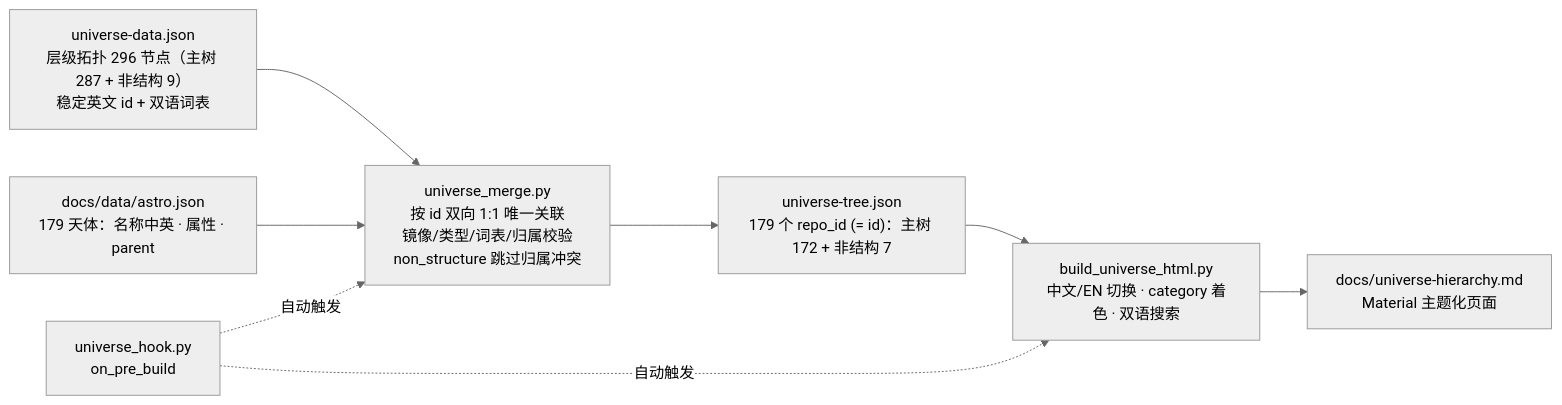
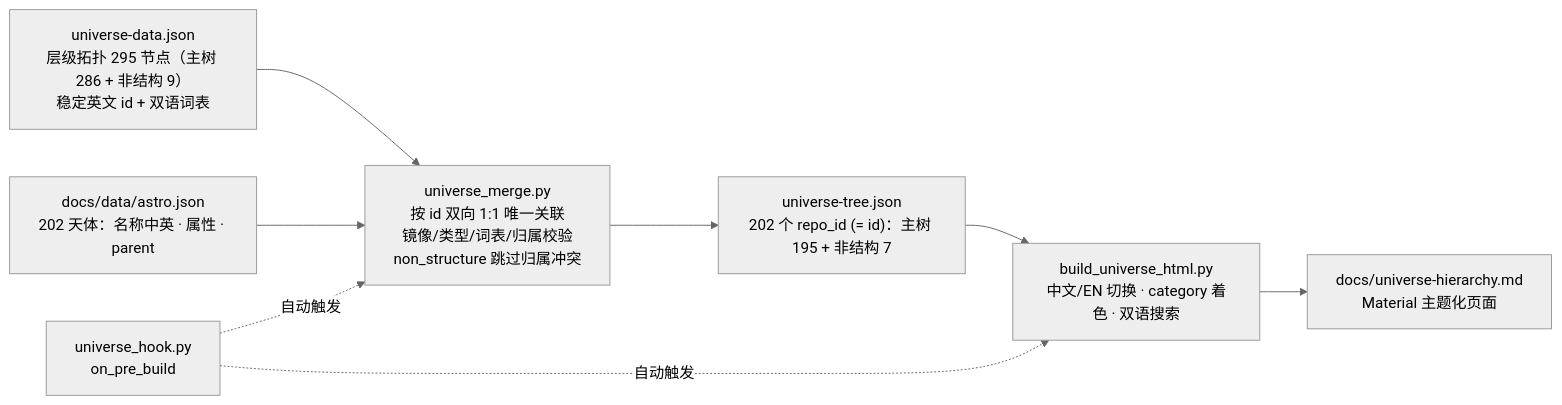
One commit to yufengwolf/astro-blog changed the sixth of 9 diagrams in 维护指南.md. Above: the diagram before and after it, drawn with Mermaid (neutral theme). The commit also changed other lines of this file and 239 other files, not shown here.

````diff
--- a/维护指南.md
+++ b/维护指南.md
@@ -569,10 +569,10 @@
 ```mermaid
 flowchart LR
-    UD["universe-data.json<br/>层级拓扑 296 节点（主树 287 + 非结构 9）<br/>稳定英文 id + 双语词表"] --> M["universe_merge.py<br/>按 id 双向 1:1 唯一关联<br/>镜像/类型/词表/归属校验<br/>non_structure 跳过归属冲突"]
-    AS["docs/data/astro.json<br/>179 天体：名称中英 · 属性 · parent"] --> M
-    M --> UT["universe-tree.json<br/>179 个 repo_id (= id)：主树 172 + 非结构 7"]
+    UD["universe-data.json<br/>层级拓扑 295 节点（主树 286 + 非结构 9）<br/>稳定英文 id + 双语词表"] --> M["universe_merge.py<br/>按 id 双向 1:1 唯一关联<br/>镜像/类型/词表/归属校验<br/>non_structure 跳过归属冲突"]
+    AS["docs/data/astro.json<br/>202 天体：名称中英 · 属性 · parent"] --> M
+    M --> UT["universe-tree.json<br/>202 个 repo_id (= id)：主树 195 + 非结构 7"]
     UT --> B["build_universe_html.py<br/>中文/EN 切换 · category 着色 · 双语搜索"]
     B --> PG["docs/universe-hierarchy.md<br/>Material 主题化页面"]
     H["universe_hook.py<br/>on_pre_build"] -. 自动触发 .-> M
     H -. 自动触发 .-> B
 ```
````
